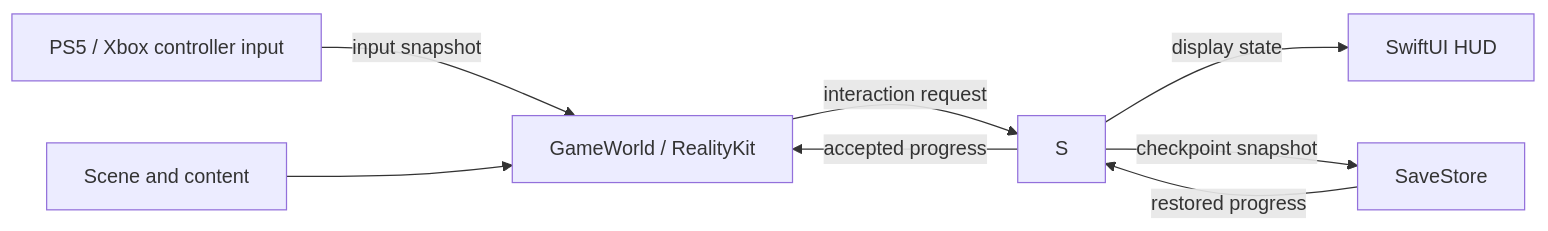
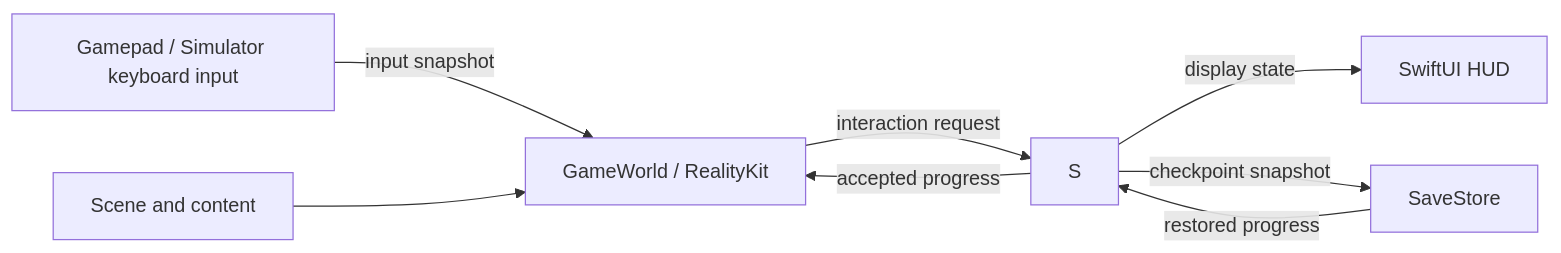
The diagram in docs/architecture.md (RonildoBraga/lauder), drawn with Mermaid before and after one commit. The commit also changed other lines of this file and 7 other files, not shown here.

Commit message:
Add WASD keyboard controls for Simulator playtests

````diff
--- a/docs/architecture.md
+++ b/docs/architecture.md
@@ -60,11 +60,11 @@
 ```mermaid
 flowchart LR
-    I["PS5 / Xbox controller input"] -->|input snapshot| W["GameWorld / RealityKit"]
+    I["Gamepad / Simulator keyboard input"] -->|input snapshot| W["GameWorld / RealityKit"]
     UI["SwiftUI HUD"]
     W -->|interaction request| S
     S -->|accepted progress| W
     S -->|display state| UI
     S -->|checkpoint snapshot| P["SaveStore"]
     P -->|restored progress| S
     C["Scene and content"] --> W
 ```
````
